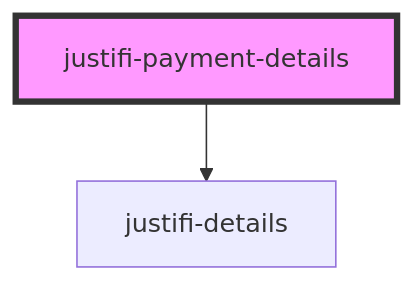
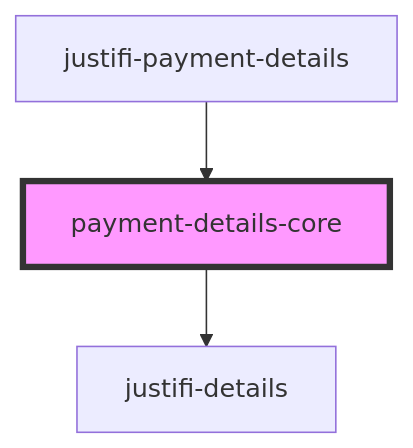
Before and after one commit to justifi-tech/web-component-library: the diagram in packages/webcomponents/src/components/payment-details/readme.md, drawn with Mermaid. The commit also changed other lines of this file and 33 other files, not shown here.

Commit message:
Separate business-form-stepped into new directory, delete unused schema files

````diff
--- a/packages/webcomponents/src/components/payment-details/readme.md
+++ b/packages/webcomponents/src/components/payment-details/readme.md
@@ -23,5 +26,6 @@
 ```mermaid
 graph TD;
-  justifi-payment-details --> justifi-details
-  style justifi-payment-details fill:#f9f,stroke:#333,stroke-width:4px
+  payment-details-core --> justifi-details
+  justifi-payment-details --> payment-details-core
+  style payment-details-core fill:#f9f,stroke:#333,stroke-width:4px
 ```
````
